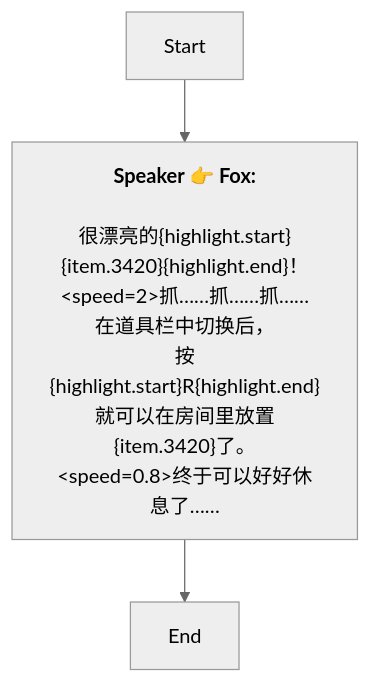
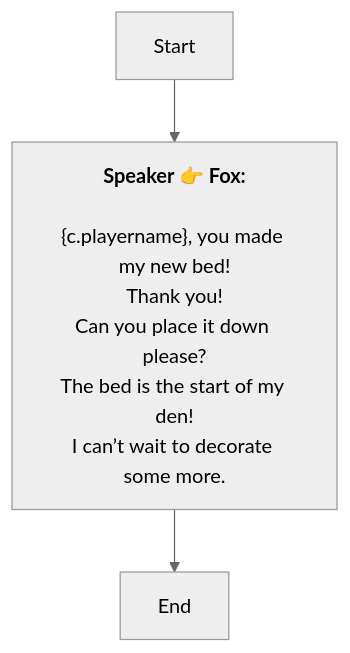
Before and after one commit to SoftHu/tos_avg: the diagram in Zh/QuestStartTalkENode_1741804102115683.md, drawn with Mermaid (neutral theme). The commit also changed 780 other files, not shown here.

````diff
--- a/Zh/QuestStartTalkENode_1741804102115683.md
+++ b/Zh/QuestStartTalkENode_1741804102115683.md
@@ -1,9 +1,10 @@
 ```mermaid
 graph
 Start -->1741804137167206[<b>Speaker 👉 Fox:</b>
-\n很漂亮的&lbrace;highlight.start&rbrace;&lbrace;item.3420&rbrace;&lbrace;highlight.end&rbrace;！
-&lt;speed=2&gt;抓……抓……抓……\n在道具栏中切换后，
-按&lbrace;highlight.start&rbrace;R&lbrace;highlight.end&rbrace;就可以在房间里放置&lbrace;item.3420&rbrace;了。\n&lt;speed=0.8&gt;终于可以好好休息了……]
+\n&lbrace;c.playername&rbrace;, you made my new bed!
+Thank you!\nCan you place it down please?
+The bed is the start of my den!
+I can’t wait to decorate some more.]
 1741804137167206 -->1741804234604903[End]
 
 ```
````
